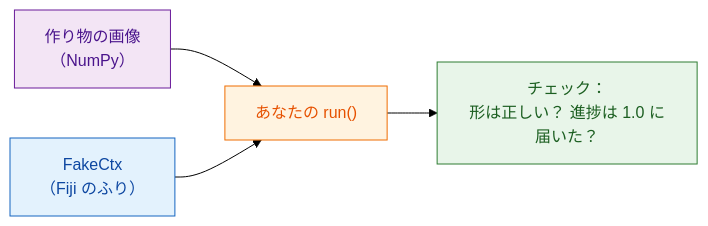
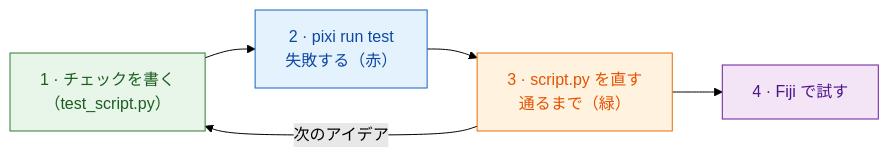
Before and after one commit to Oxford-Zeiss-Centre-of-Excellence/Wavu: the diagram in guide/write/test-without-fiji.ja.md, drawn with Mermaid (forest theme). The commit also changed other lines of this file and 28 other files, not shown here.

````diff
--- a/guide/write/test-without-fiji.ja.md
+++ b/guide/write/test-without-fiji.ja.md
@@ -15,15 +18,14 @@
 ```mermaid
 flowchart LR
-    I["作り物の画像<br/>（NumPy）"]:::env
-    F["FakeCtx<br/>（Fiji のふり）"]:::fiji
-    S["あなたの run()"]:::script
-    C["チェック：<br/>形は正しい？ 進捗は 1.0 に届いた？"]:::worker
-    I --> S
-    F --> S
-    S --> C
+    T["1 · チェックを書く<br/>（test_script.py）"]:::worker
+    R["2 · pixi run test<br/>失敗する（赤）"]:::fiji
+    S["3 · script.py を直す<br/>通るまで（緑）"]:::script
+    F["4 · Fiji で試す"]:::env
+    T --> R --> S --> F
+    S -- "次のアイデア" --> T
 
     classDef fiji   fill:#e3f2fd,stroke:#1565c0,color:#0d47a1
     classDef worker fill:#e8f5e9,stroke:#2e7d32,color:#1b5e20
     classDef script fill:#fff3e0,stroke:#ef6c00,color:#e65100
     classDef env    fill:#f3e5f5,stroke:#6a1b9a,color:#4a148c
 ```
````
